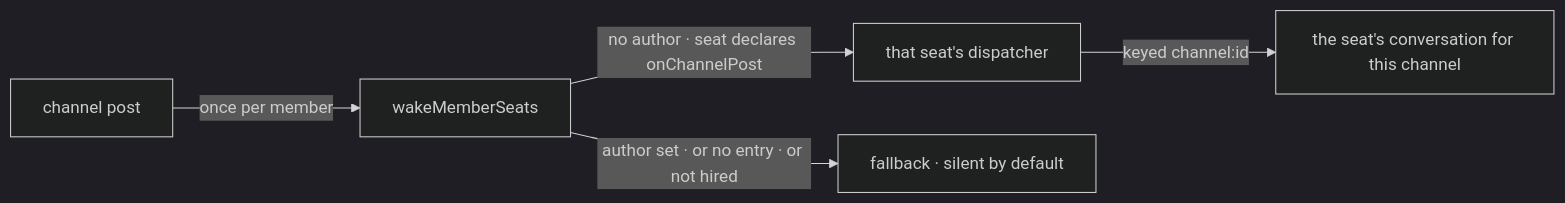
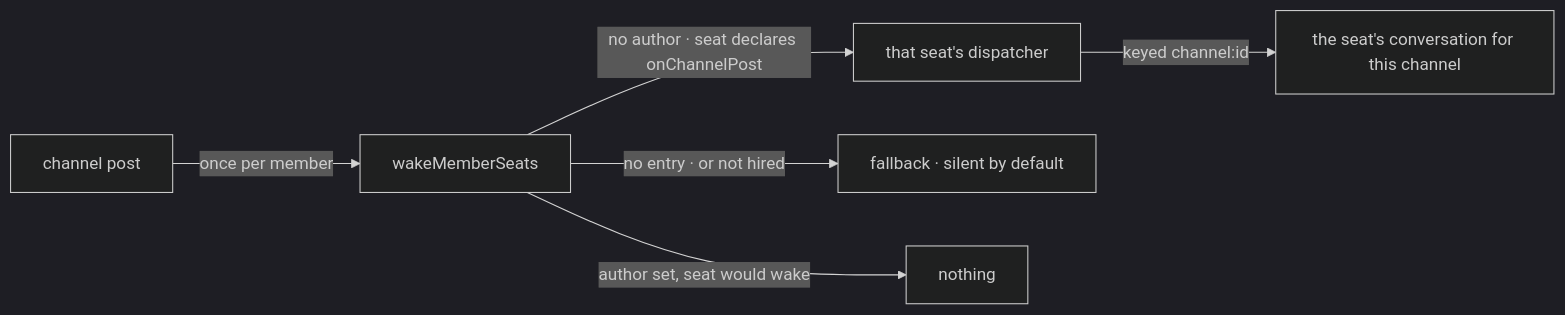
Before and after one commit to fixpoint-labs/flow-state-dev: the second of 2 diagrams in specs/issues/FIX-1602/SPEC.md, drawn with Mermaid (dark theme). The commit also changed 5 other files, not shown here.

````diff
--- a/specs/issues/FIX-1602/SPEC.md
+++ b/specs/issues/FIX-1602/SPEC.md
@@ -81,7 +81,8 @@
 ```mermaid
 flowchart LR
   P["channel post"] -->|"once per member"| W["wakeMemberSeats"]
   W -->|"no author · seat declares onChannelPost"| D["that seat's dispatcher"]
-  W -->|"author set · or no entry · or not hired"| F["fallback · silent by default"]
+  W -->|"no entry · or not hired"| F["fallback · silent by default"]
+  W -->|"author set, seat would wake"| N["nothing"]
   D -->|"keyed channel:id"| S["the seat's conversation for this channel"]
 ```
````
